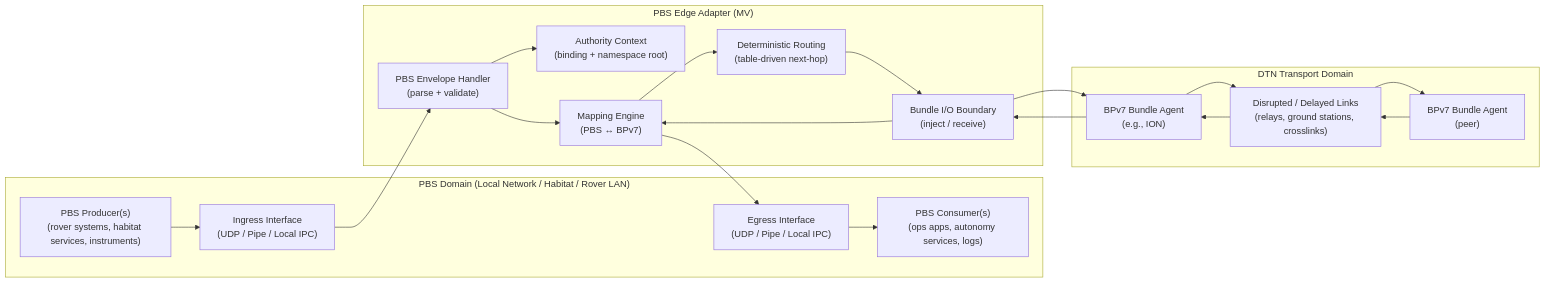
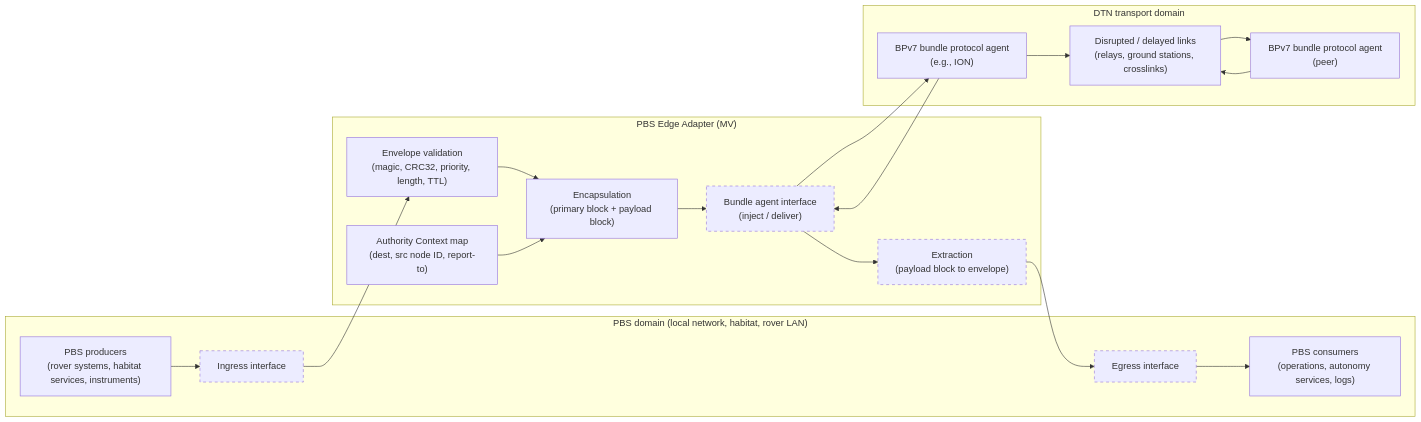
One commit to Pale-Blue-Systems/PBS-EDGE-ADAPTER-MV changed the first of 6 diagrams in DOCS/PBS-EDGE-ARCHITECTURE.md. Above: the diagram before and after it, drawn with Mermaid. The commit also changed other lines of this file and 4 other files, not shown here.

````diff
--- a/DOCS/PBS-EDGE-ARCHITECTURE.md
+++ b/DOCS/PBS-EDGE-ARCHITECTURE.md
@@ -21,34 +20,33 @@
 ```mermaid
 flowchart LR
-  subgraph PBS_Domain["PBS Domain (Local Network / Habitat / Rover LAN)"]
-    P1["PBS Producer(s)\n(rover systems, habitat services, instruments)"]
-    C1["PBS Consumer(s)\n(ops apps, autonomy services, logs)"]
-    IN["Ingress Interface\n(UDP / Pipe / Local IPC)"]
-    OUT["Egress Interface\n(UDP / Pipe / Local IPC)"]
+  subgraph PBS_Domain["PBS domain (local network, habitat, rover LAN)"]
+    P1["PBS producers<br/>(rover systems, habitat services, instruments)"]
+    C1["PBS consumers<br/>(operations, autonomy services, logs)"]
+    IN["Ingress interface"]
+    OUT["Egress interface"]
   end
 
   subgraph EDGE["PBS Edge Adapter (MV)"]
-    AC["Authority Context\n(binding + namespace root)"]
-    ENV["PBS Envelope Handler\n(parse + validate)"]
-    MAP["Mapping Engine\n(PBS ↔ BPv7)"]
-    RT["Deterministic Routing\n(table-driven next-hop)"]
-    IO["Bundle I/O Boundary\n(inject / receive)"]
+    VAL["Envelope validation<br/>(magic, CRC32, priority, length, TTL)"]
+    AC["Authority Context map<br/>(dest, src node ID, report-to)"]
+    ENC["Encapsulation<br/>(primary block + payload block)"]
+    EXT["Extraction<br/>(payload block to envelope)"]
+    IO["Bundle agent interface<br/>(inject / deliver)"]
   end
 
-  subgraph DTN["DTN Transport Domain"]
-    BA["BPv7 Bundle Agent\n(e.g., ION)"]
-    NET["Disrupted / Delayed Links\n(relays, ground stations, crosslinks)"]
-    BA2["BPv7 Bundle Agent\n(peer)"]
+  subgraph DTN["DTN transport domain"]
+    BA["BPv7 bundle protocol agent<br/>(e.g., ION)"]
+    NET["Disrupted / delayed links<br/>(relays, ground stations, crosslinks)"]
+    BA2["BPv7 bundle protocol agent<br/>(peer)"]
   end
 
-  P1 --> IN --> ENV
-  ENV --> AC
-  ENV --> MAP
-  MAP --> RT
-  RT --> IO
-  IO --> BA
-  BA --> NET --> BA2
+  P1 --> IN --> VAL --> ENC
+  AC --> ENC
+  ENC --> IO --> BA --> NET --> BA2
+  BA2 --> NET
+  BA --> IO
+  IO --> EXT --> OUT --> C1
 
-  BA2 --> NET --> BA
-  BA --> IO --> MAP --> OUT --> C1
+  classDef planned stroke-dasharray: 5 5
+  class IN,OUT,EXT,IO planned
 ```
````
